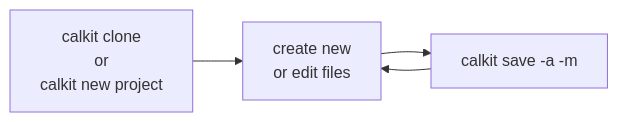
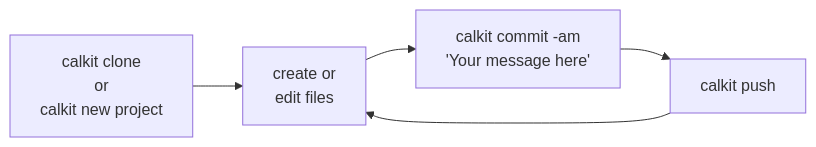
Before and after one commit to calkit/calkit: the third of 3 diagrams in docs/version-control.md, drawn with Mermaid. The commit also changed other lines of this file, not shown here.

````diff
--- a/docs/version-control.md
+++ b/docs/version-control.md
@@ -77,10 +93,12 @@
 ```mermaid
 graph LR
     init[calkit clone
          or
          calkit new project]
-    --> edit[create new
-             or edit files]
-    --> save[calkit save -a -m]
+    --> edit[create or
+             edit files]
+    --> commit[calkit commit -am
+               'Your message here']
+    --> push[calkit push]
     --> edit
 ```
````
